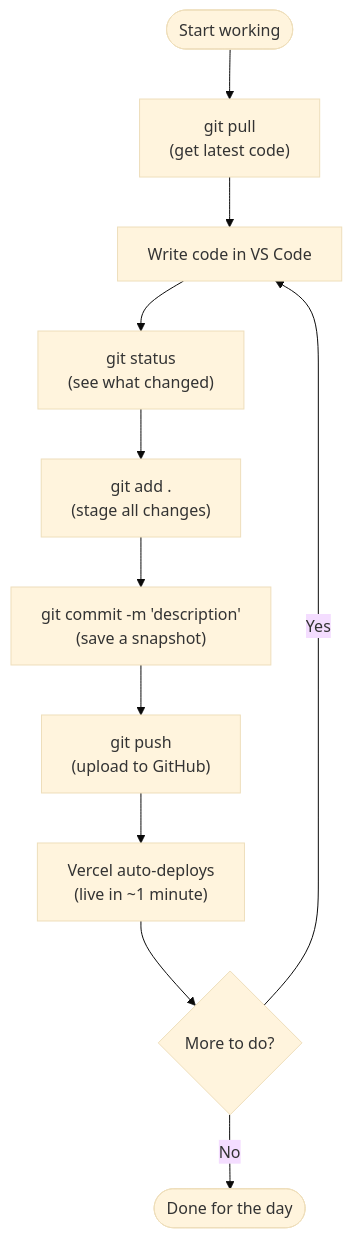
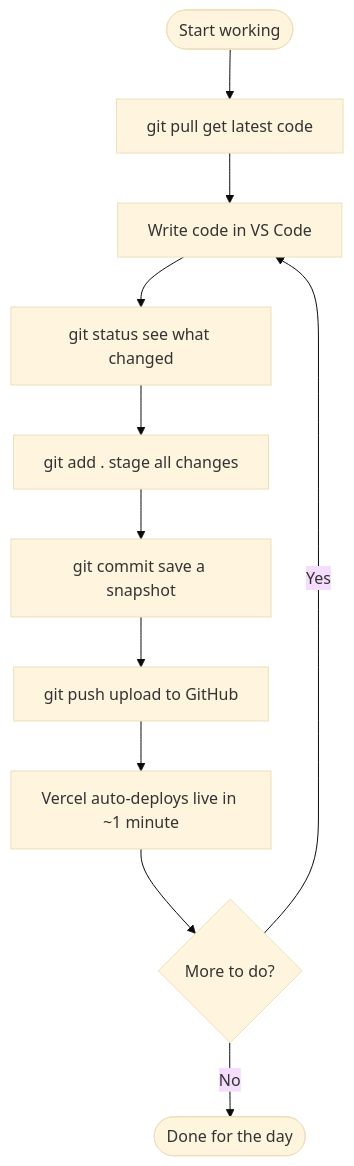
The fourth of 6 diagrams in learning/05-github.md (wongjinar-ai/expample), drawn with Mermaid (base theme) before and after one commit. The commit also changed other lines of this file and 16 other files, not shown here.

````diff
--- a/learning/05-github.md
+++ b/learning/05-github.md
@@ -96,13 +96,13 @@
 ```mermaid
 flowchart TD
-    Start([Start working]) --> Pull["git pull\n(get latest code)"]
-    Pull --> Code["Write code in VS Code"]
-    Code --> Check["git status\n(see what changed)"]
-    Check --> Stage["git add .\n(stage all changes)"]
-    Stage --> Commit["git commit -m 'description'\n(save a snapshot)"]
-    Commit --> Push["git push\n(upload to GitHub)"]
-    Push --> Vercel["Vercel auto-deploys\n(live in ~1 minute)"]
+    Start([Start working]) --> Pull[git pull get latest code]
+    Pull --> Code[Write code in VS Code]
+    Code --> Check[git status see what changed]
+    Check --> Stage[git add . stage all changes]
+    Stage --> Commit[git commit save a snapshot]
+    Commit --> Push[git push upload to GitHub]
+    Push --> Vercel[Vercel auto-deploys live in ~1 minute]
     Vercel --> More{More to do?}
     More -->|Yes| Code
     More -->|No| Done([Done for the day])
 ```
````
